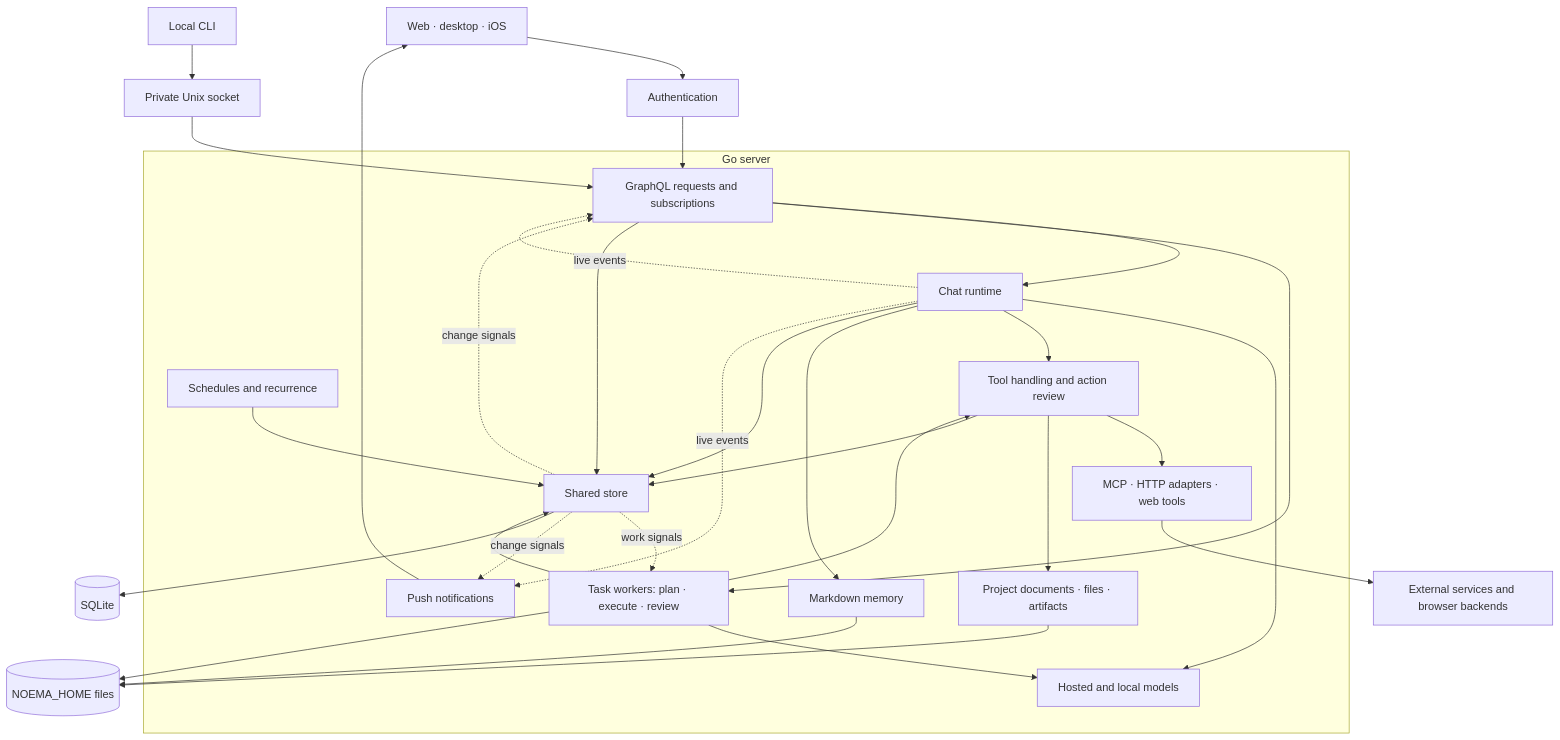
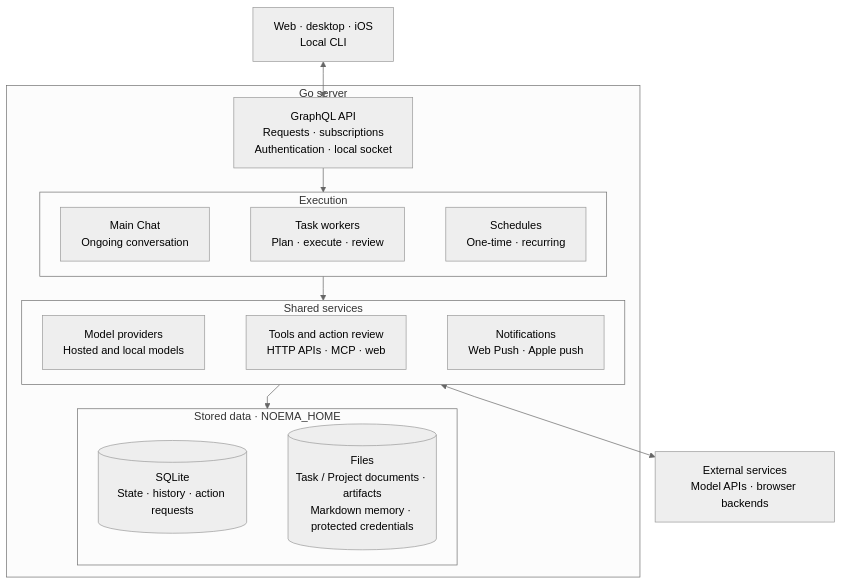
The diagram in README.md (kpsuperplane/Noema), drawn with Mermaid before and after one commit. The commit also changed other lines of this file, not shown here.

Commit message:
Organize README architecture diagram into clear layers

````diff
--- a/README.md
+++ b/README.md
@@ -192,34 +192,41 @@
 ```mermaid
+%%{init: {"theme": "neutral", "flowchart": {"curve": "linear", "nodeSpacing": 24, "rankSpacing": 35}}}%%
 flowchart TB
-    Clients[Web · desktop · iOS] --> Auth[Authentication]
-    CLI[Local CLI] --> Socket[Private Unix socket]
-    Auth --> API[GraphQL requests and subscriptions]
-    Socket --> API
-    subgraph Server[Go server]
-        API --> Chat[Chat runtime]
-        API --> Tasks[Task workers: plan · execute · review]
-        API --> Store[Shared store]
-        Schedules[Schedules and recurrence] --> Store
-        Store -. work signals .-> Tasks
-        Chat --> Models[Hosted and local models]
-        Tasks --> Models
-        Chat --> Tools[Tool handling and action review]
-        Tasks --> Tools
-        Tools --> Services[MCP · HTTP adapters · web tools]
-        Tools --> Files[Project documents · files · artifacts]
-        Chat --> Memory[Markdown memory]
-        Chat --> Store
-        Tasks --> Store
-        Tools --> Store
-        Store -. change signals .-> API
-        Chat -. live events .-> API
-        Store -. change signals .-> Notifications[Push notifications]
-        Chat -. live events .-> Notifications
+    Clients["Web · desktop · iOS<br/>Local CLI"]
+
+    subgraph Server["Go server"]
+        Access["GraphQL API<br/>Requests · subscriptions<br/>Authentication · local socket"]
+
+        subgraph Execution["Execution"]
+            direction LR
+            Chat["Main Chat<br/>Ongoing conversation"]
+            Tasks["Task workers<br/>Plan · execute · review"]
+            Schedules["Schedules<br/>One-time · recurring"]
+            Chat ~~~ Tasks ~~~ Schedules
+        end
+
+        subgraph Services["Shared services"]
+            direction LR
+            Models["Model providers<br/>Hosted and local models"]
+            Tools["Tools and action review<br/>HTTP APIs · MCP · web"]
+            Notifications["Notifications<br/>Web Push · Apple push"]
+            Models ~~~ Tools ~~~ Notifications
+        end
+
+        subgraph Storage["Stored data · NOEMA_HOME"]
+            direction LR
+            DB[("SQLite<br/>State · history · action requests")]
+            Files[("Files<br/>Task / Project documents · artifacts<br/>Markdown memory · protected credentials")]
+            DB ~~~ Files
+        end
+
+        Access --> Execution
+        Execution --> Services
+        Services --> Storage
     end
-    Services --> External[External services and browser backends]
-    Store --> DB[(SQLite)]
-    Files --> Home[(NOEMA_HOME files)]
-    Memory --> Home
-    Tasks --> Home
-    Notifications --> Clients
+
+    External["External services<br/>Model APIs · browser backends"]
+
+    Clients <--> Access
+    Services <--> External
 ```
````
